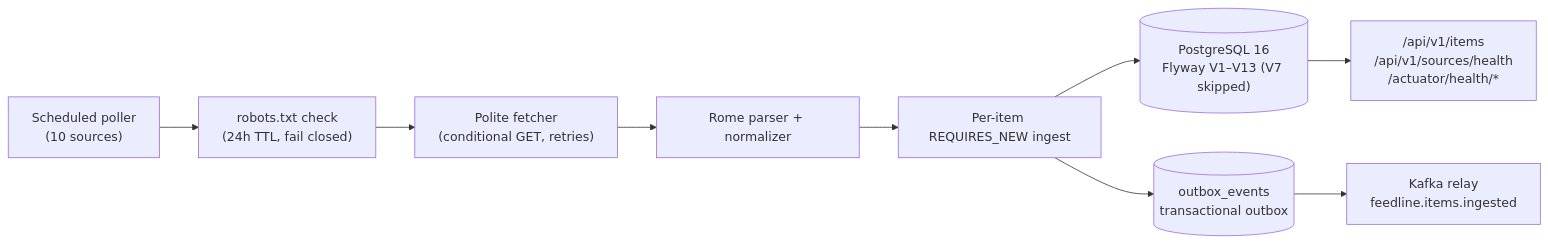
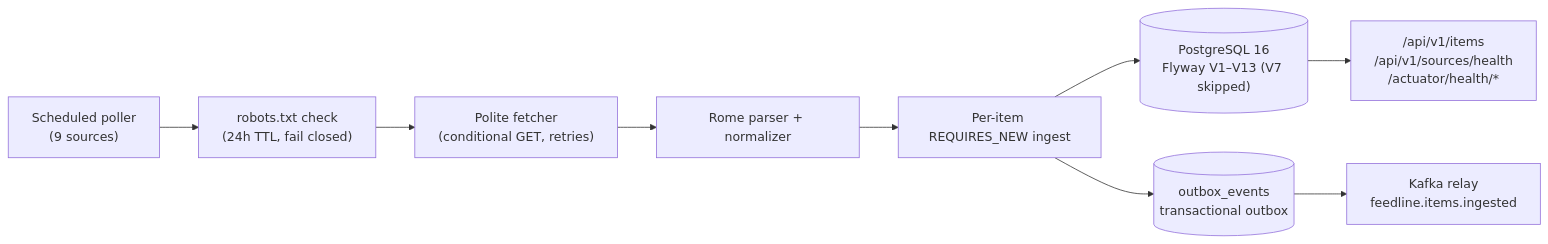
Before and after one commit to kopekijay11-hub/feedline: the diagram in README.md, drawn with Mermaid. The commit also changed other lines of this file and 9 other files, not shown here.

````diff
--- a/README.md
+++ b/README.md
@@ -51,11 +51,11 @@
 ```mermaid
 flowchart LR
-    S["Scheduled poller<br/>(10 sources)"] --> R["robots.txt check<br/>(24h TTL, fail closed)"]
+    S["Scheduled poller<br/>(9 sources)"] --> R["robots.txt check<br/>(24h TTL, fail closed)"]
     R --> F["Polite fetcher<br/>(conditional GET, retries)"]
     F --> P["Rome parser + normalizer"]
     P --> I["Per-item REQUIRES_NEW ingest"]
     I --> DB[("PostgreSQL 16<br/>Flyway V1–V13 (V7 skipped)")]
     I --> O[("outbox_events<br/>transactional outbox")]
     O --> K["Kafka relay<br/>feedline.items.ingested"]
     DB --> A["/api/v1/items<br/>/api/v1/sources/health<br/>/actuator/health/*"]
 ```
````
